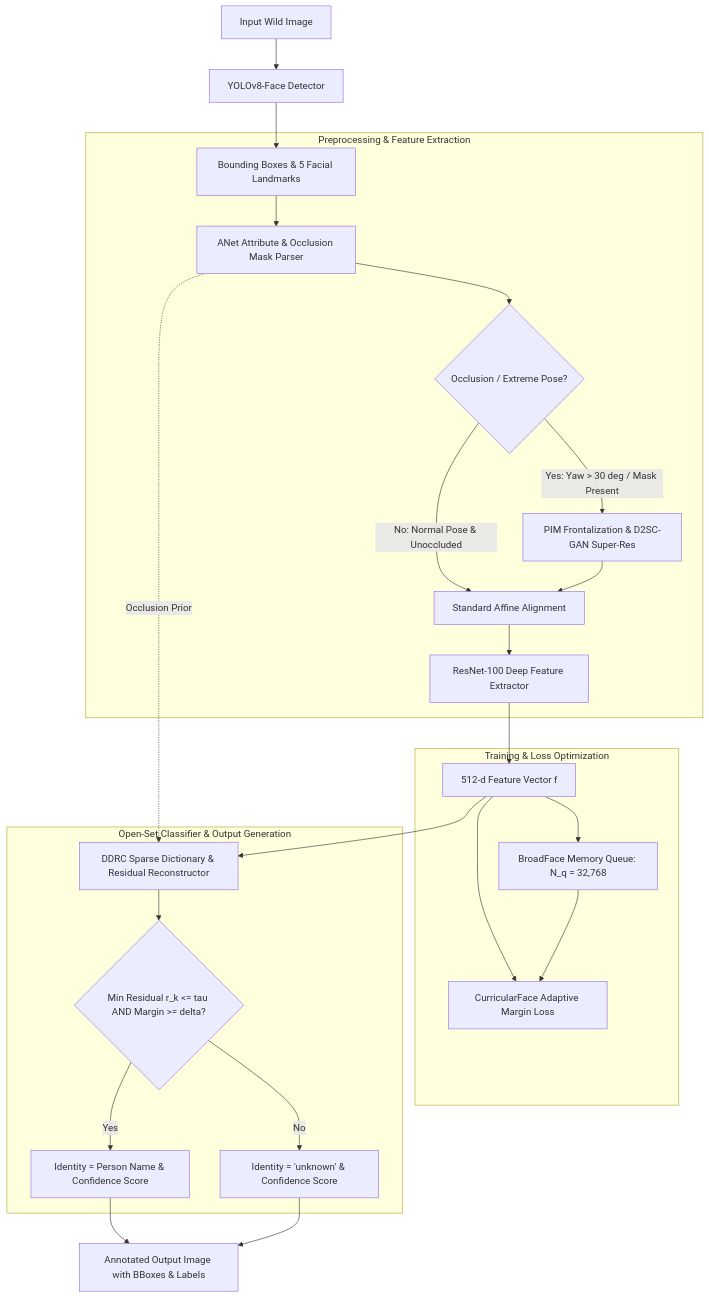
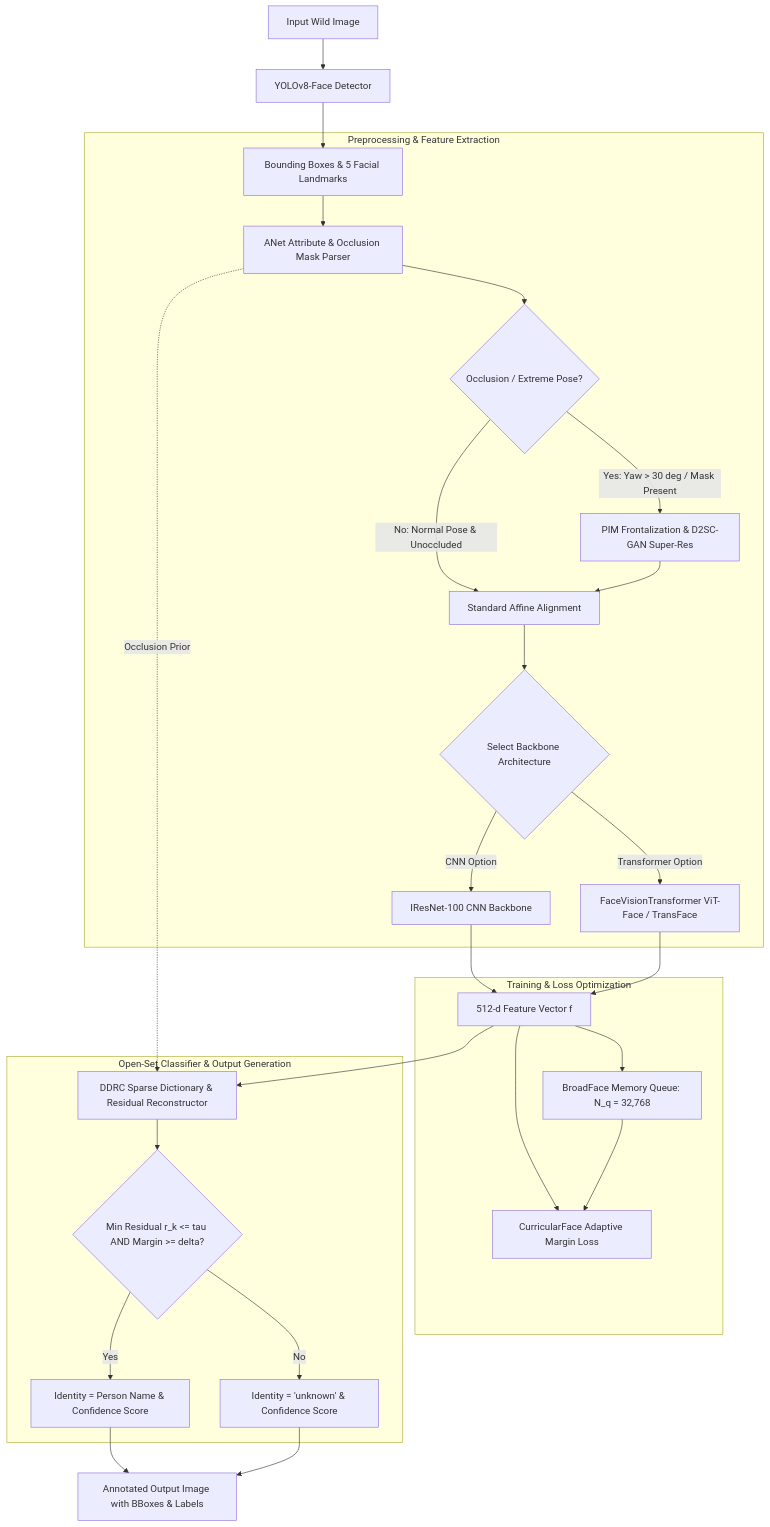
The sixth of 7 diagrams in context.md (akshat-1/Face-Recognition-In-Wild), drawn with Mermaid before and after one commit. The commit also changed other lines of this file, not shown here.

Commit message:
docs: Update Section 5 and Section 9 architecture flowcharts to explicitly reflect dual ViT-Face / IResNet-100 backbone selection

````diff
--- a/context.md
+++ b/context.md
@@ -281,32 +281,35 @@
 ```mermaid
 flowchart TD
     RawImg[Input Wild Image] --> YOLOFace[YOLOv8-Face Detector]
     YOLOFace --> BBoxes[Bounding Boxes & 5 Facial Landmarks]
     
     subgraph Preprocessing & Feature Extraction
         BBoxes --> LNetANet[ANet Attribute & Occlusion Mask Parser]
         LNetANet --> OccCheck{Occlusion / Extreme Pose?}
         OccCheck -- Yes: Yaw > 30 deg / Mask Present --> PIM[PIM Frontalization & D2SC-GAN Super-Res]
         OccCheck -- No: Normal Pose & Unoccluded --> Align[Standard Affine Alignment]
         PIM --> Align
-        Align --> Backbone[ResNet-100 Deep Feature Extractor]
+        Align --> BackboneChoice{Select Backbone Architecture}
+        BackboneChoice -- CNN Option --> IResNet[IResNet-100 CNN Backbone]
+        BackboneChoice -- Transformer Option --> ViTFace[FaceVisionTransformer ViT-Face / TransFace]
     end
 
     subgraph Training & Loss Optimization
-        Backbone --> Embed[512-d Feature Vector f]
+        IResNet --> Embed[512-d Feature Vector f]
+        ViTFace --> Embed
         Embed --> Curricular[CurricularFace Adaptive Margin Loss]
         Embed --> BroadQueue[BroadFace Memory Queue: N_q = 32,768]
         BroadQueue --> Curricular
     end
 
     subgraph Open-Set Classifier & Output Generation
         Embed --> DDRC[DDRC Sparse Dictionary & Residual Reconstructor]
         LNetANet -. Occlusion Prior .-> DDRC
         DDRC --> ResidualCheck{Min Residual r_k <= tau AND Margin >= delta?}
         ResidualCheck -- Yes --> KnownID[Identity = Person Name & Confidence Score]
         ResidualCheck -- No --> UnknownID[Identity = 'unknown' & Confidence Score]
     end
 
     KnownID --> FinalOutput[Annotated Output Image with BBoxes & Labels]
     UnknownID --> FinalOutput
 ```
````
